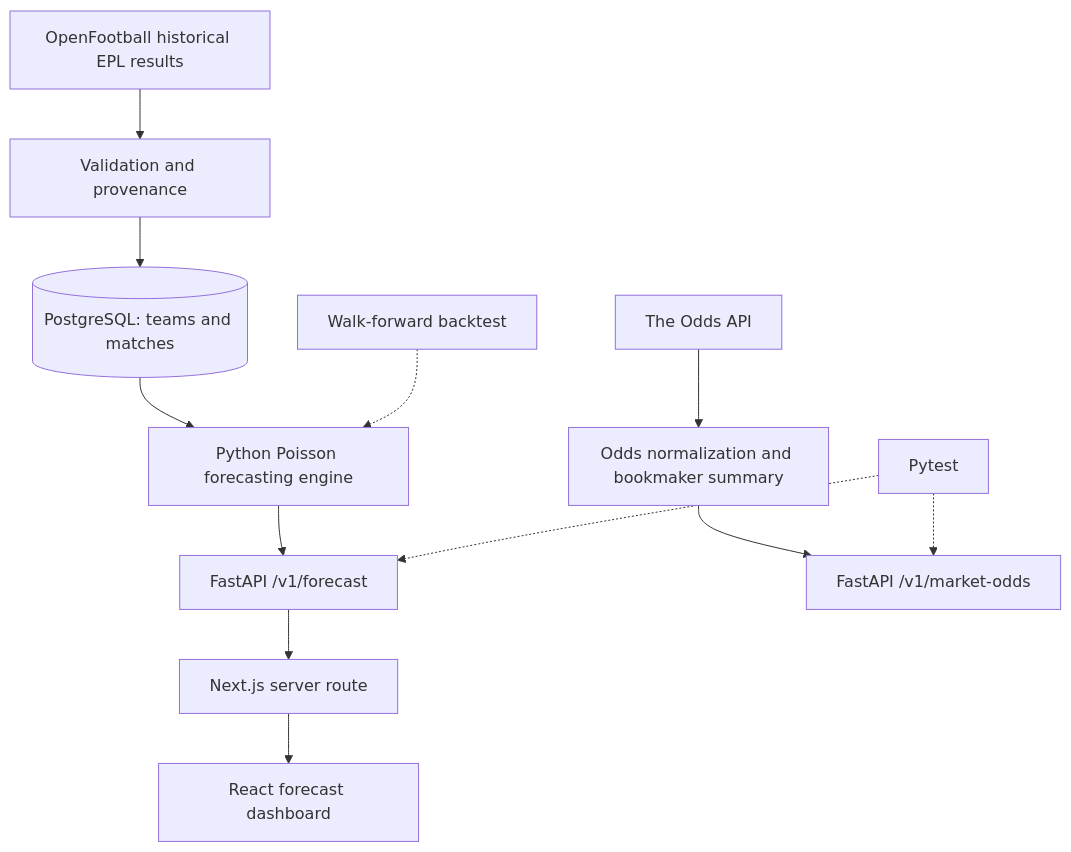
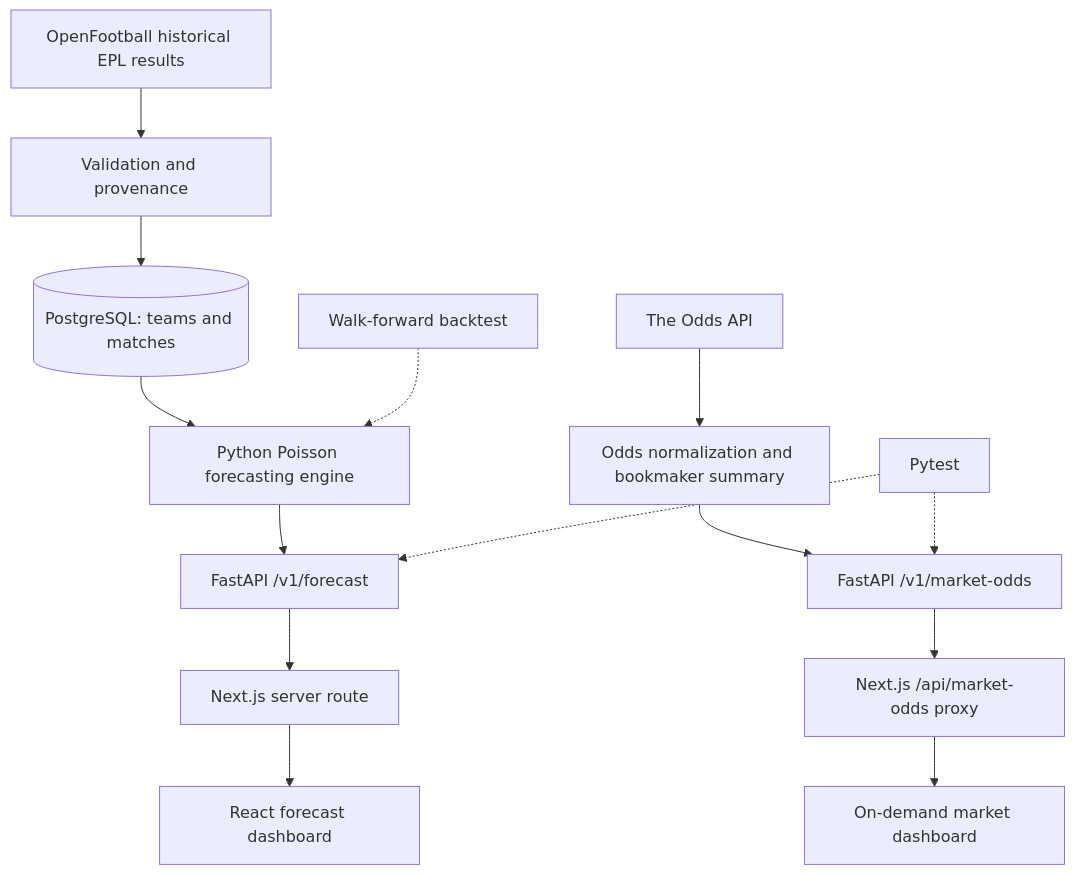
Before and after one commit to FerhatU9/AnalyzNow-AI: the first of 2 diagrams in docs/ARCHITECTURE.md, drawn with Mermaid. The commit also changed other lines of this file and 3 other files, not shown here.

Commit message:
Document live market dashboard behavior

````diff
--- a/docs/ARCHITECTURE.md
+++ b/docs/ARCHITECTURE.md
@@ -5,14 +5,16 @@
 ```mermaid
 flowchart TD
   A[OpenFootball historical EPL results] --> B[Validation and provenance]
   B --> C[(PostgreSQL: teams and matches)]
   C --> D[Python Poisson forecasting engine]
   D --> E[FastAPI /v1/forecast]
   E --> F[Next.js server route]
   F --> G[React forecast dashboard]
   H[The Odds API] --> I[Odds normalization and bookmaker summary]
   I --> J[FastAPI /v1/market-odds]
+  J --> M[Next.js /api/market-odds proxy]
+  M --> N[On-demand market dashboard]
   K[Walk-forward backtest] -.-> D
   L[Pytest] -.-> E
   L -.-> J
 ```
````
